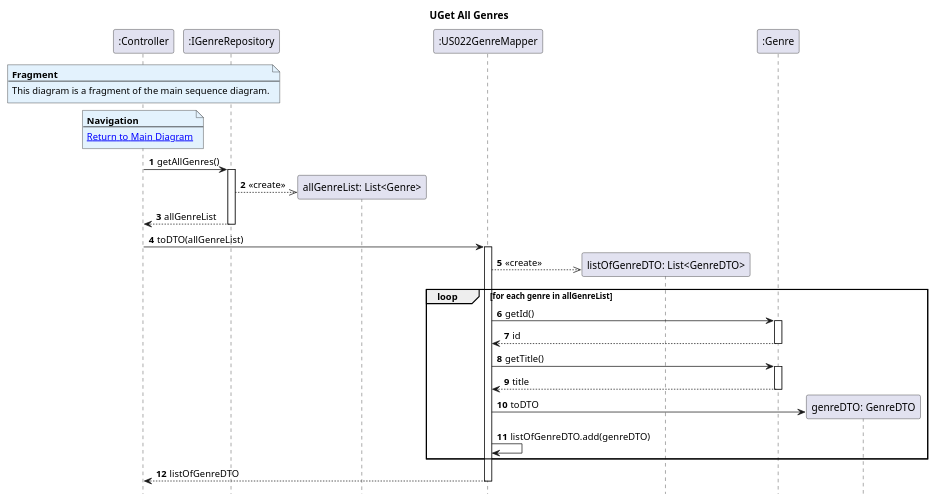
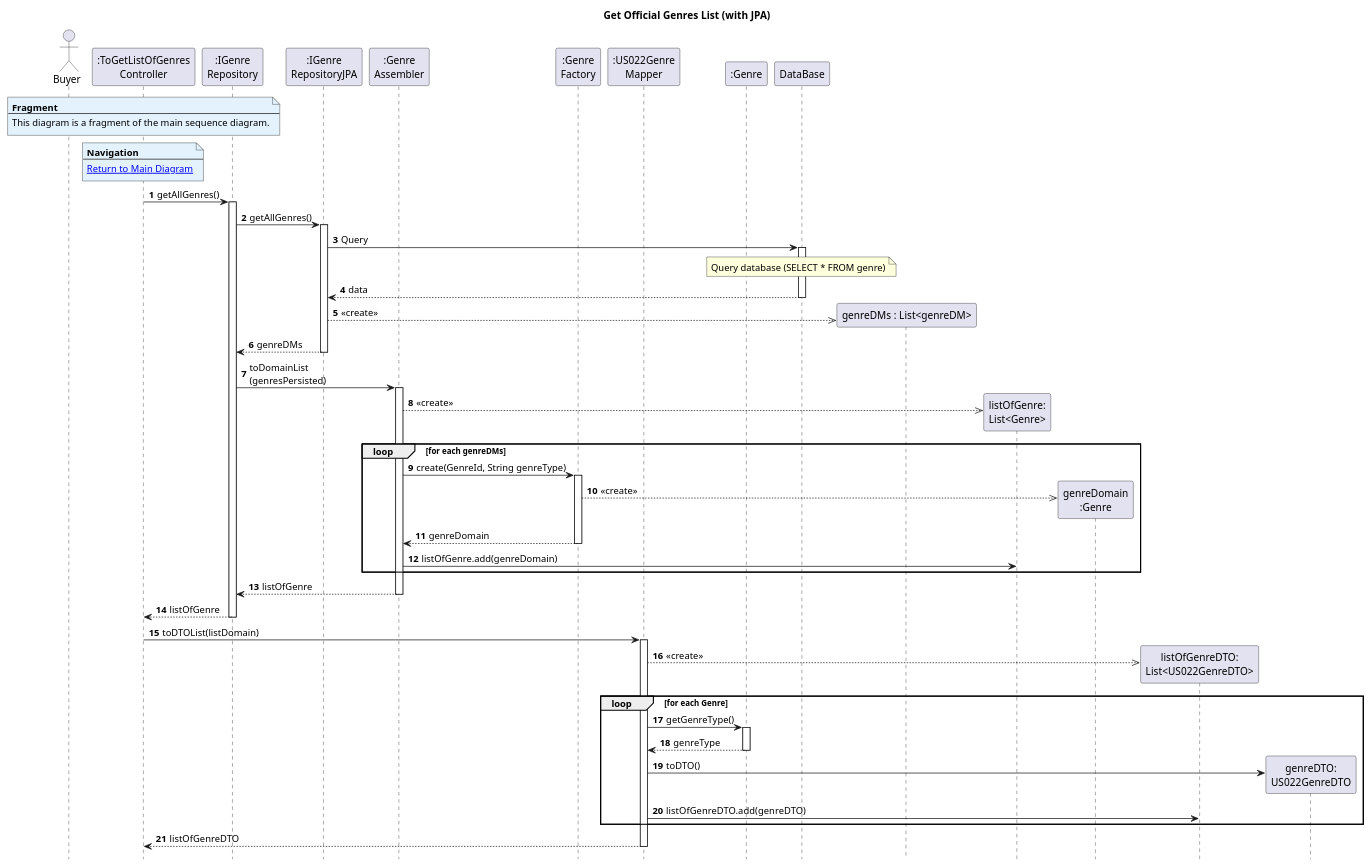
The diagram in Diagrams/SequenceDiagrams/N2/To-get-list-of-items-on-auction-of-a-given-genre/2.GetAllGenres.puml (AndrePereiraGitH/SWitCH-Project-Team_A), drawn with PlantUML before and after one commit. The commit also changed 6 other files, not shown here.

Commit message:
feat #762: add persistence layer design for get auctions by genre

```diff
--- a/Diagrams/SequenceDiagrams/N2/To-get-list-of-items-on-auction-of-a-given-genre/2.GetAllGenres.puml
+++ b/Diagrams/SequenceDiagrams/N2/To-get-list-of-items-on-auction-of-a-given-genre/2.GetAllGenres.puml
@@ -1,57 +1,99 @@
 @startuml
+autonumber
 hide footbox
-autonumber
+title Get Official Genres List (with JPA)
 
-title UGet All Genres
+actor Buyer as User
 
-participant ":Controller" as Controller
-participant ":US022GetListOfItemsOn\nAuctionOfGivenGenreController" as Controller
-participant ":IGenreRepository" as GenreRepo
-participant "allGenreList: List<Genre>" as allGenreList
-participant ":US022GenreMapper" as GenreMapper
-participant "listOfGenreDTO: List<GenreDTO>" as listOfGenreDTO
-participant ":Genre" as Genre
-participant "genreDTO: GenreDTO" as genreDTO
+participant ":ToGetListOfGenres\nController" as C
+participant ":IGenre\nRepository" as GR
+participant ":IGenre\nRepositoryJPA" as GRJPA
+participant ":Genre\nAssembler" as Assembler
+participant ":Genre\nFactory" as Factory
+participant ":US022Genre\nMapper" as MAPPER
+participant ":Genre" as ENTITY
+participant "DataBase" as EM
 
-note over Controller #E3F2FD
+note over C #E3F2FD
 <b>Fragment</b>
 ---
 This diagram is a fragment of the main sequence diagram.
 end note
 
-note over Controller #E3F2FD
+note over C #E3F2FD
 <b>Navigation</b>
 ---
 [[1.MainDiagram.puml Return to Main Diagram]]
 end note
 
-Controller -> GenreRepo : getAllGenres()
+C -> GR : getAllGenres()
+activate GR
 
-activate GenreRepo
-GenreRepo -->> allGenreList ** : <<create>>
-GenreRepo --> Controller : allGenreList
-deactivate GenreRepo
+GR -> GRJPA : getAllGenres()
+activate GRJPA
 
-Controller -> GenreMapper : toDTO(allGenreList)
-activate GenreMapper
-GenreMapper -->> listOfGenreDTO ** : <<create>>
+GRJPA -> EM : Query
+activate EM
 
-loop for each genre in allGenreList
-    GenreMapper -> Genre : getId()
-    activate Genre
-    Genre --> GenreMapper : id
-    deactivate Genre
+note over EM
+Query database (SELECT * FROM genre)
+end note
 
-    GenreMapper -> Genre : getTitle()
-    activate Genre
-    Genre --> GenreMapper : title
-    deactivate Genre
+EM --> GRJPA : data
+deactivate EM
 
-    GenreMapper -> genreDTO ** : toDTO
-    GenreMapper -> GenreMapper : listOfGenreDTO.add(genreDTO)
+GRJPA -->> "genreDMs : List<genreDM>"** : <<create>>
+
+
+GRJPA --> GR : genreDMs
+deactivate GRJPA
+
+GR -> Assembler : toDomainList\n(genresPersisted)
+activate Assembler
+
+create "listOfGenre:\nList<Genre>" as listOfGenre
+Assembler -->> listOfGenre : <<create>>
+
+loop for each genreDMs
+    Assembler -> Factory : create(GenreId, String genreType)
+
+    activate Factory
+
+    create "genreDomain\n:Genre" as genreDomain
+    Factory -->> genreDomain : <<create>>
+
+    Factory --> Assembler : genreDomain
+    deactivate Factory
+
+    Assembler -> listOfGenre : listOfGenre.add(genreDomain)
 end
 
-GenreMapper --> Controller : listOfGenreDTO
-deactivate GenreMapper
+Assembler --> GR : listOfGenre
+deactivate Assembler
+
+GR --> C : listOfGenre
+deactivate GR
+
+C -> MAPPER : toDTOList(listDomain)
+activate MAPPER
+
+create "listOfGenreDTO:\nList<US022GenreDTO>" as listDTO
+MAPPER -->> listDTO : <<create>>
+
+loop for each Genre
+    MAPPER -> ENTITY : getGenreType()
+    activate ENTITY
+    ENTITY --> MAPPER : genreType
+    deactivate ENTITY
+
+    create "genreDTO:\nUS022GenreDTO" as genreDTO
+    MAPPER -> genreDTO : toDTO()
+
+    MAPPER -> listDTO : listOfGenreDTO.add(genreDTO)
+end
+
+MAPPER --> C : listOfGenreDTO
+deactivate MAPPER
+
 
 @enduml
```
